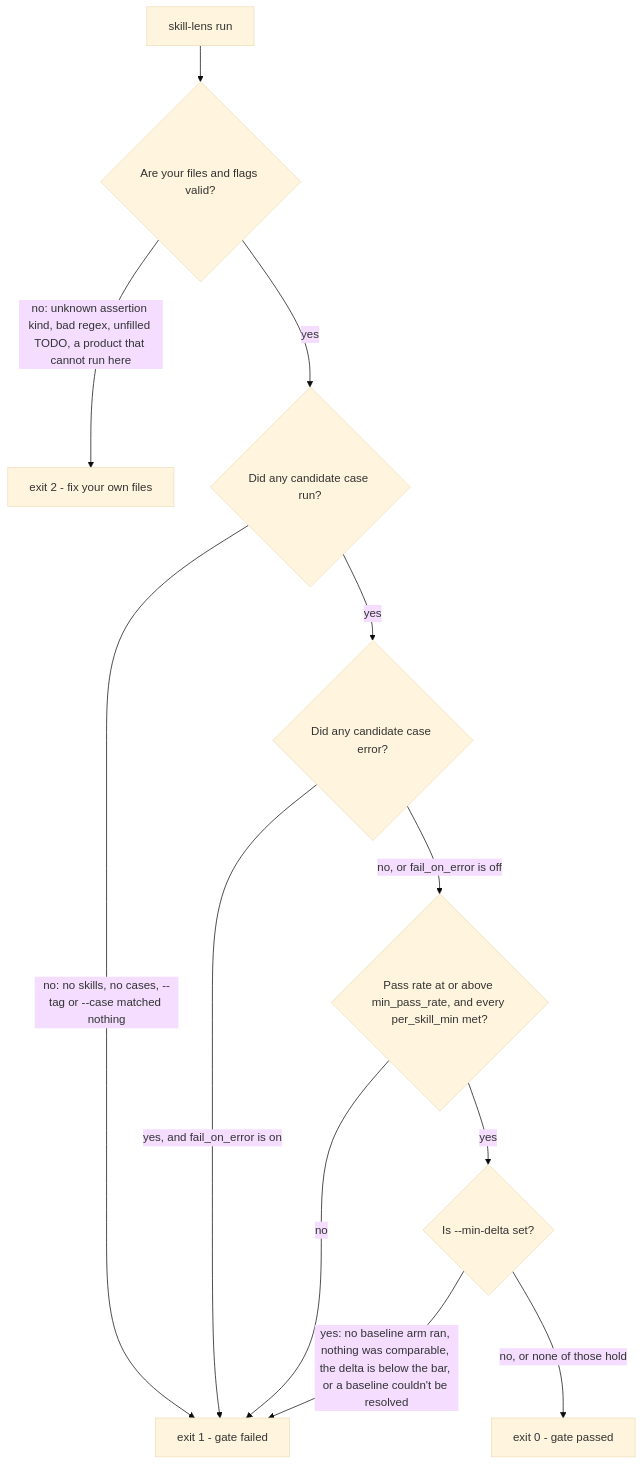
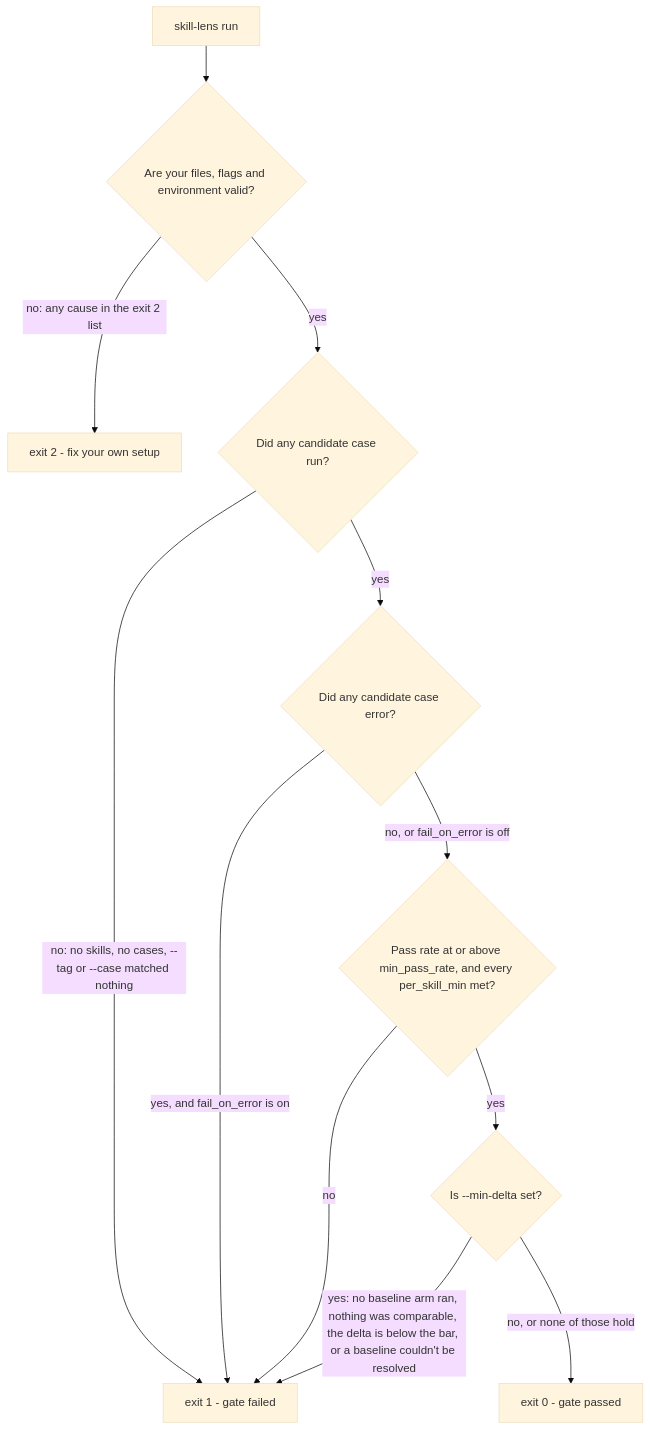
The diagram in docs/gating.md (EmadMokhtar/skill-evaluator), drawn with Mermaid (base theme) before and after one commit. The commit also changed other lines of this file and 5 other files, not shown here.

````diff
--- a/docs/gating.md
+++ b/docs/gating.md
@@ -11,14 +12,14 @@
 ```mermaid
 flowchart TD
-    START["skill-lens run"] --> AUTH{"Are your files and flags valid?"}
-    AUTH -->|"no: unknown assertion kind, bad regex, unfilled TODO, a product that cannot run here"| E2["exit 2 - fix your own files"]
+    START["skill-lens run"] --> AUTH{"Are your files, flags and environment valid?"}
+    AUTH -->|"no: any cause in the exit 2 list"| E2["exit 2 - fix your own setup"]
     AUTH -->|yes| RAN{"Did any candidate case run?"}
     RAN -->|"no: no skills, no cases, --tag or --case matched nothing"| E1["exit 1 - gate failed"]
     RAN -->|yes| ERR{"Did any candidate case error?"}
     ERR -->|"yes, and fail_on_error is on"| E1
     ERR -->|"no, or fail_on_error is off"| RATE{"Pass rate at or above min_pass_rate, and every per_skill_min met?"}
     RATE -->|no| E1
     RATE -->|yes| DELTA{"Is --min-delta set?"}
     DELTA -->|"yes: no baseline arm ran, nothing was comparable, the delta is below the bar, or a baseline couldn't be resolved"| E1
     DELTA -->|"no, or none of those hold"| E0["exit 0 - gate passed"]
 ```
````
